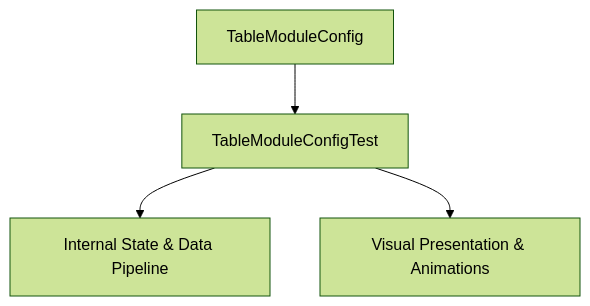
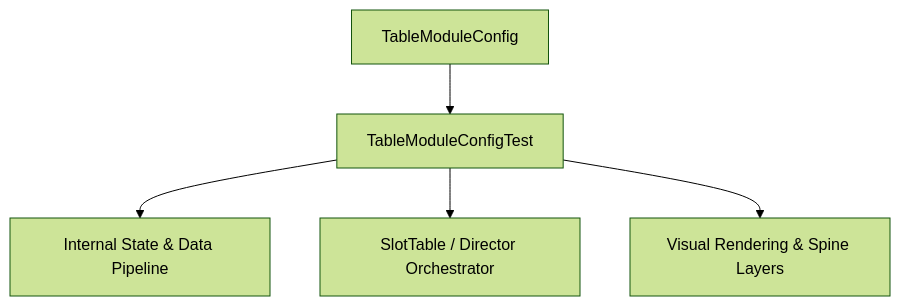
One commit to lam-ark/mcp-fwcc changed the diagram in docs/cc_slot_mechanics/modules/TableModuleConfigTest/01_overview/01_architecture_and_role.md. Above: the diagram before and after it, drawn with Mermaid (forest theme). The commit also changed other lines of this file and 2509 other files, not shown here.

````diff
--- a/docs/cc_slot_mechanics/modules/TableModuleConfigTest/01_overview/01_architecture_and_role.md
+++ b/docs/cc_slot_mechanics/modules/TableModuleConfigTest/01_overview/01_architecture_and_role.md
@@ -18,6 +24,7 @@
 ```mermaid
 graph TD
-    Parent[TableModuleConfig] --> Mod[TableModuleConfigTest]
-    Mod --> State[Internal State & Data Pipeline]
-    Mod --> Render[Visual Presentation & Animations]
+    SuperClass[TableModuleConfig] --> TargetClass[TableModuleConfigTest]
+    TargetClass --> DataPipeline[Internal State & Data Pipeline]
+    TargetClass --> Orchestrator[SlotTable / Director Orchestrator]
+    TargetClass --> ViewLayer[Visual Rendering & Spine Layers]
 ```
````
